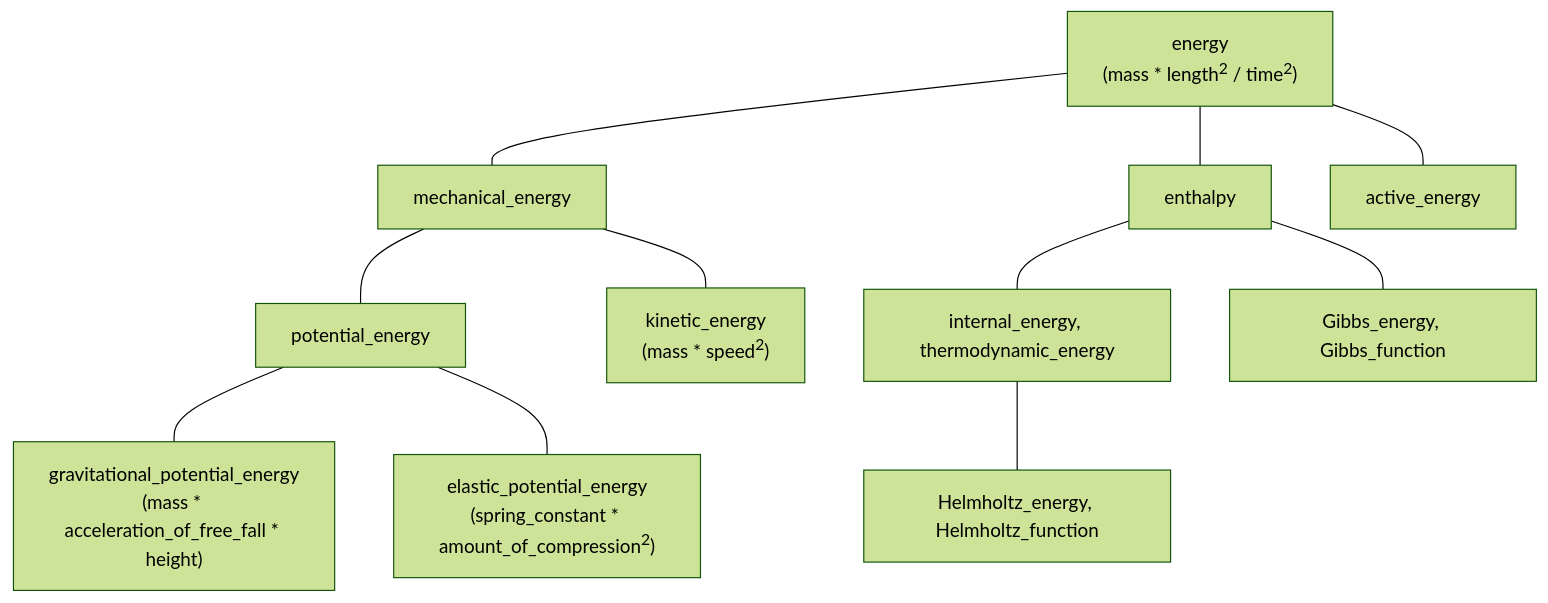
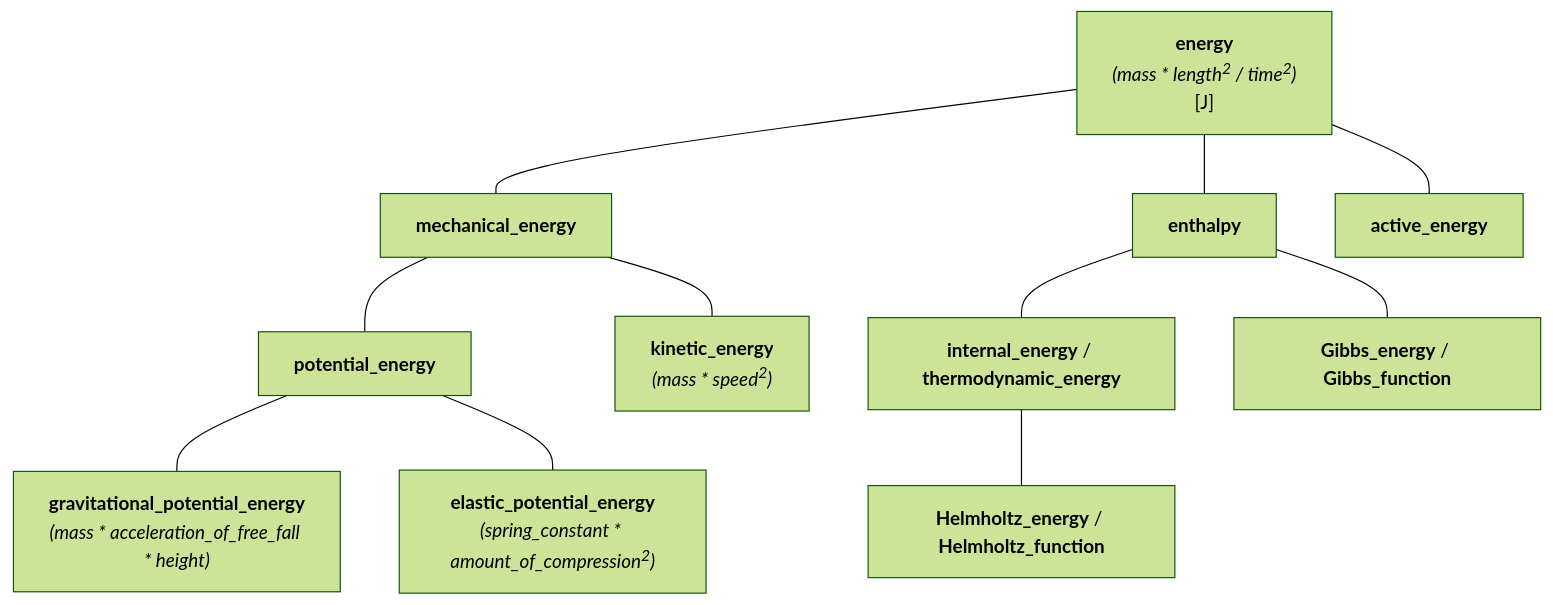
One commit to mpusz/mp-units changed the second of 2 diagrams in docs/users_guide/framework_basics/systems_of_quantities.md. Above: the diagram before and after it, drawn with Mermaid (forest theme). The commit also changed other lines of this file and 1 other file, not shown here.

Commit message:
docs: graphs of ISQ kind hierarchies improved

````diff
--- a/docs/users_guide/framework_basics/systems_of_quantities.md
+++ b/docs/users_guide/framework_basics/systems_of_quantities.md
@@ -300,14 +301,14 @@
 ```mermaid
 flowchart TD
-    energy["energy<br>(mass * length<sup>2</sup> / time<sup>2</sup>)"]
-    energy --- mechanical_energy
-    mechanical_energy --- potential_energy
-    potential_energy --- gravitational_potential_energy["gravitational_potential_energy<br>(mass * acceleration_of_free_fall * height)"]
-    potential_energy --- elastic_potential_energy["elastic_potential_energy<br>(spring_constant * amount_of_compression<sup>2</sup>)"]
-    mechanical_energy --- kinetic_energy["kinetic_energy<br>(mass * speed<sup>2</sup>)"]
-    energy --- enthalpy
-    enthalpy --- internal_energy[internal_energy, thermodynamic_energy]
-    internal_energy --- Helmholtz_energy[Helmholtz_energy, Helmholtz_function]
-    enthalpy --- Gibbs_energy[Gibbs_energy, Gibbs_function]
-    energy --- active_energy
+    energy["<b>energy</b><br><i>(mass * length<sup>2</sup> / time<sup>2</sup>)</i><br>[J]"]
+    energy --- mechanical_energy["<b>mechanical_energy</b>"]
+    mechanical_energy --- potential_energy["<b>potential_energy</b>"]
+    potential_energy --- gravitational_potential_energy["<b>gravitational_potential_energy</b><br><i>(mass * acceleration_of_free_fall * height)</i>"]
+    potential_energy --- elastic_potential_energy["<b>elastic_potential_energy</b><br><i>(spring_constant * amount_of_compression<sup>2</sup>)</i>"]
+    mechanical_energy --- kinetic_energy["<b>kinetic_energy</b><br><i>(mass * speed<sup>2</sup>)</i>"]
+    energy --- enthalpy["<b>enthalpy</b>"]
+    enthalpy --- internal_energy["<b>internal_energy</b> / <b>thermodynamic_energy</b>"]
+    internal_energy --- Helmholtz_energy["<b>Helmholtz_energy</b> / <b>Helmholtz_function</b>"]
+    enthalpy --- Gibbs_energy["<b>Gibbs_energy</b> / <b>Gibbs_function</b>"]
+    energy --- active_energy["<b>active_energy</b>"]
 ```
````
